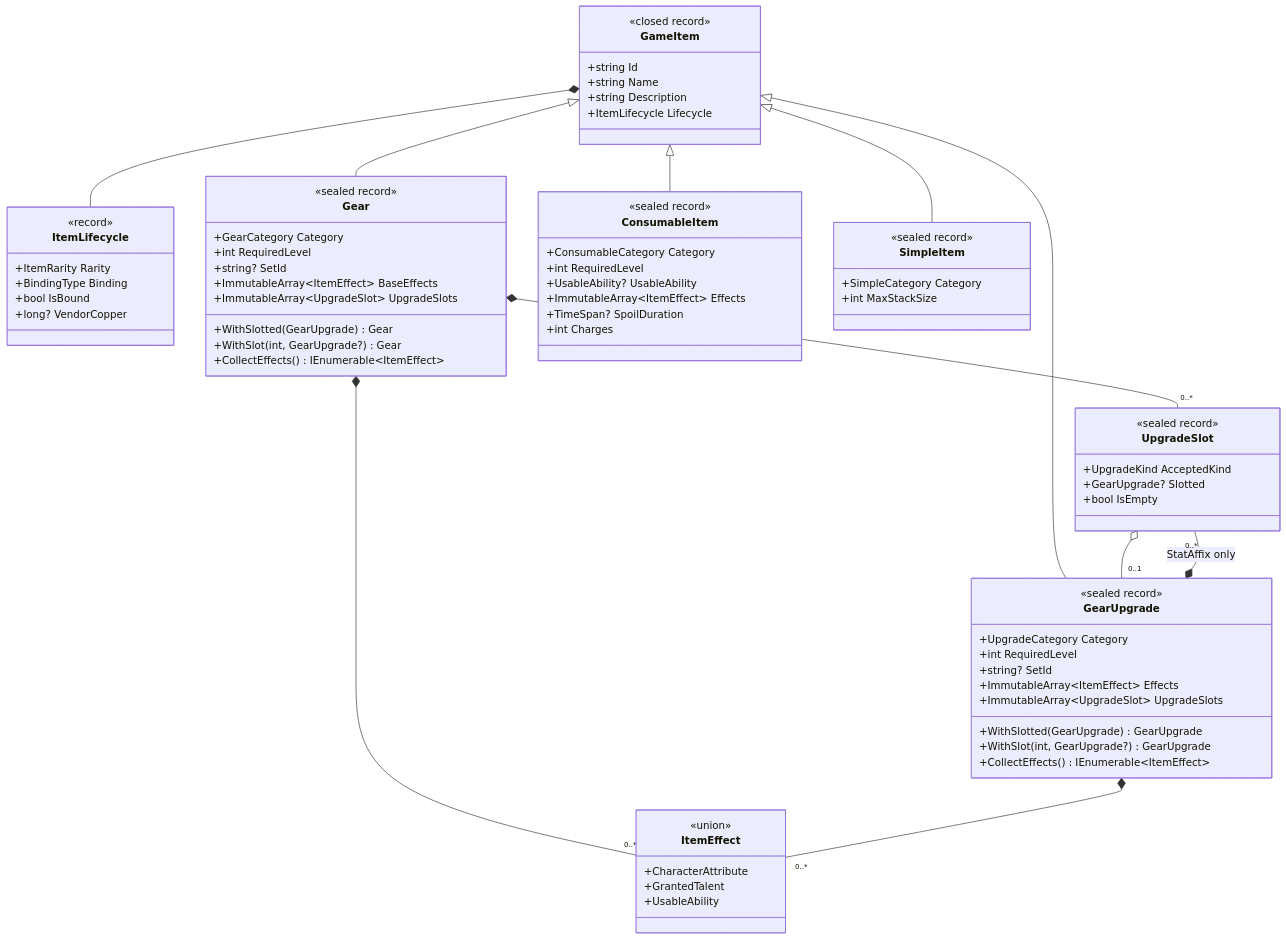
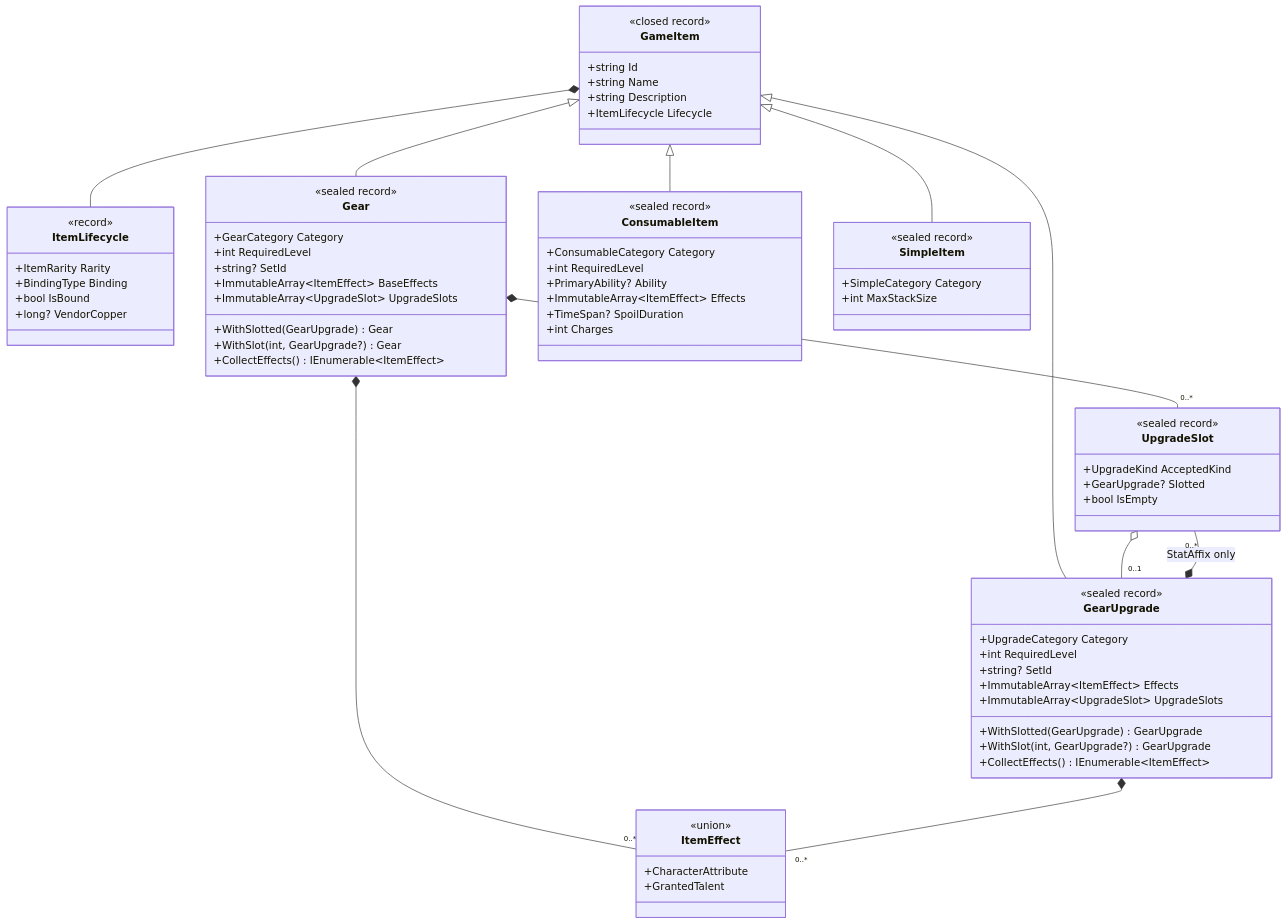
The diagram in docs/diagrams/items-hierarchy.md (akourbat/SpellTalentSystem), drawn with Mermaid before and after one commit. The commit also changed other lines of this file and 4 other files, not shown here.

```diff
--- a/docs/diagrams/items-hierarchy.md
+++ b/docs/diagrams/items-hierarchy.md
@@ -90,7 +90,7 @@
         <<sealed record>>
         +ConsumableCategory Category
         +int RequiredLevel
-        +UsableAbility? UsableAbility
+        +PrimaryAbility? Ability
         +ImmutableArray~ItemEffect~ Effects
         +TimeSpan? SpoilDuration
         +int Charges
@@ -113,7 +113,6 @@
         <<union>>
         +CharacterAttribute
         +GrantedTalent
-        +UsableAbility
     }
 
     GameItem <|-- Gear
```
